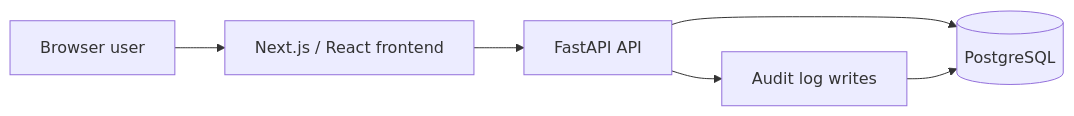
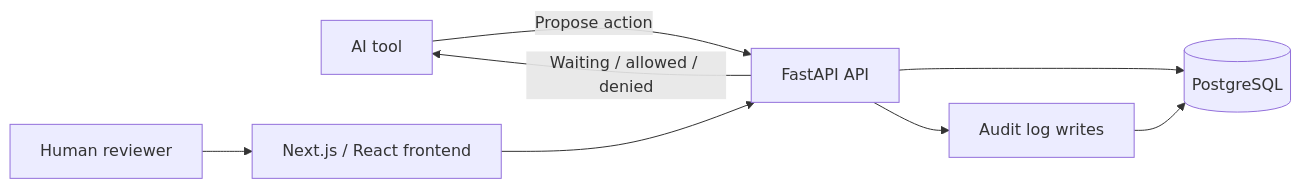
The diagram in README.md (rittam0/workflow-approval-engine), drawn with Mermaid before and after one commit. The commit also changed other lines of this file and 19 other files, not shown here.

````diff
--- a/README.md
+++ b/README.md
@@ -55,8 +59,10 @@
 ```mermaid
 flowchart LR
-    User["Browser user"] --> Frontend["Next.js / React frontend"]
+    Agent["AI tool"] -->|"Propose action"| API["FastAPI API"]
+    User["Human reviewer"] --> Frontend["Next.js / React frontend"]
     Frontend --> API["FastAPI API"]
     API --> DB[("PostgreSQL")]
     API --> Audit["Audit log writes"]
     Audit --> DB
+    API -->|"Waiting / allowed / denied"| Agent
 ```
````
